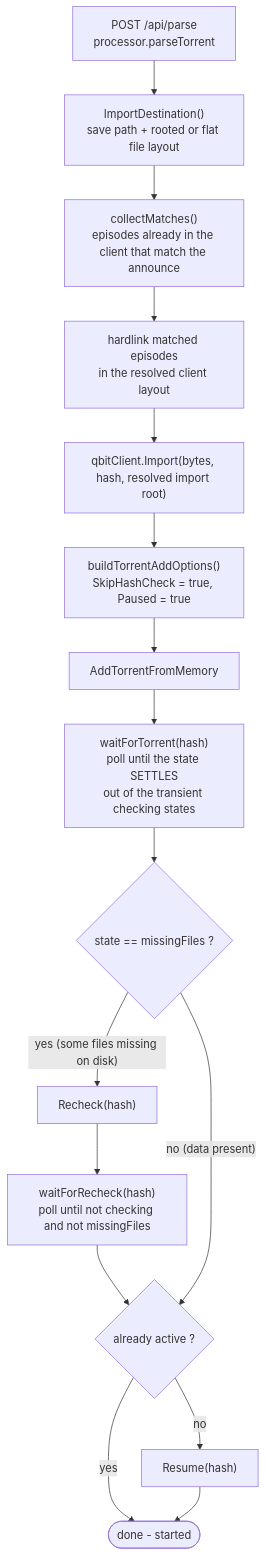
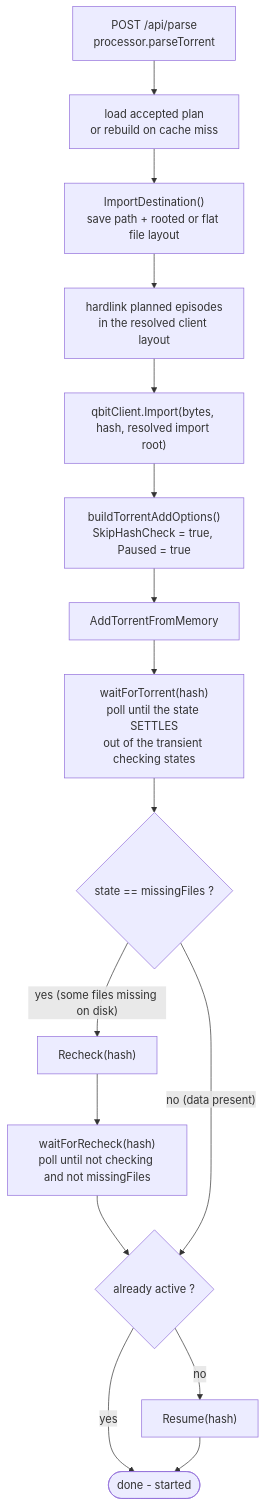
Before and after one commit to nuxencs/seasonpackarr: the first of 2 diagrams in docs/design-docs/qbittorrent-import-flow.md, drawn with Mermaid. The commit also changed 63 other files, not shown here.

Commit message:
feat!: add torrent-aware import planning (#244)

````diff
--- a/docs/design-docs/qbittorrent-import-flow.md
+++ b/docs/design-docs/qbittorrent-import-flow.md
@@ -21,19 +21,19 @@
 ```mermaid
 flowchart TD
-    A["POST /api/parse<br/>processor.parseTorrent"] --> B["ImportDestination()<br/>save path + rooted or flat file layout"]
-    B --> C["collectMatches()<br/>episodes already in the client that match the announce"]
-    C --> D["hardlink matched episodes<br/>in the resolved client layout"]
+    A["POST /api/parse<br/>processor.parseTorrent"] --> B["load accepted plan<br/>or rebuild on cache miss"]
+    B --> C["ImportDestination()<br/>save path + rooted or flat file layout"]
+    C --> D["hardlink planned episodes<br/>in the resolved client layout"]
     D --> E["qbitClient.Import(bytes, hash, resolved import root)"]
 
     E --> F["buildTorrentAddOptions()<br/>SkipHashCheck = true, Paused = true"]
     F --> G["AddTorrentFromMemory"]
     G --> H["waitForTorrent(hash)<br/>poll until the state SETTLES<br/>out of the transient checking states"]
     H --> I{"state == missingFiles ?"}
     I -- "yes (some files missing on disk)" --> J["Recheck(hash)"]
     J --> K["waitForRecheck(hash)<br/>poll until not checking and not missingFiles"]
     K --> L{"already active ?"}
     I -- "no (data present)" --> L
     L -- "yes" --> M(["done - started"])
     L -- "no" --> N["Resume(hash)"]
     N --> M
 ```
````
